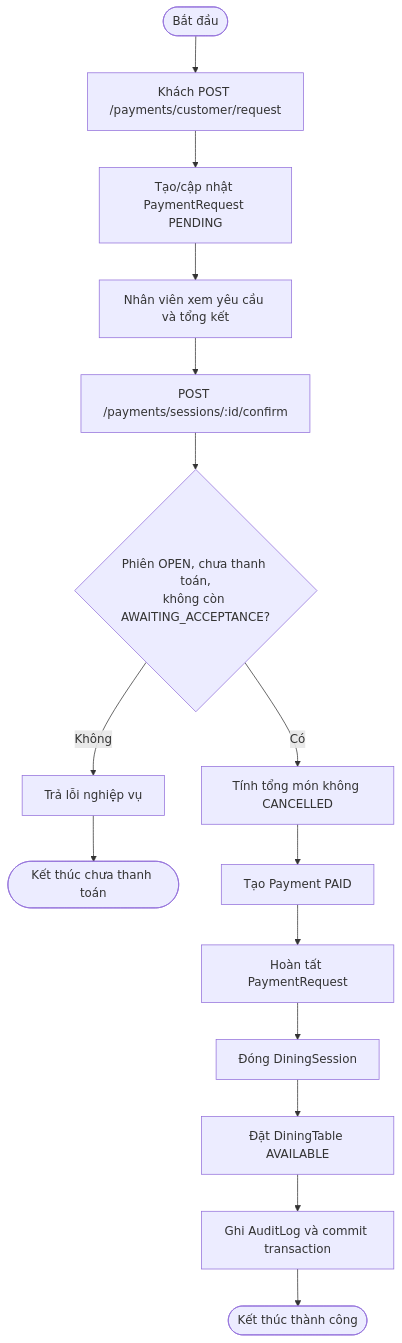
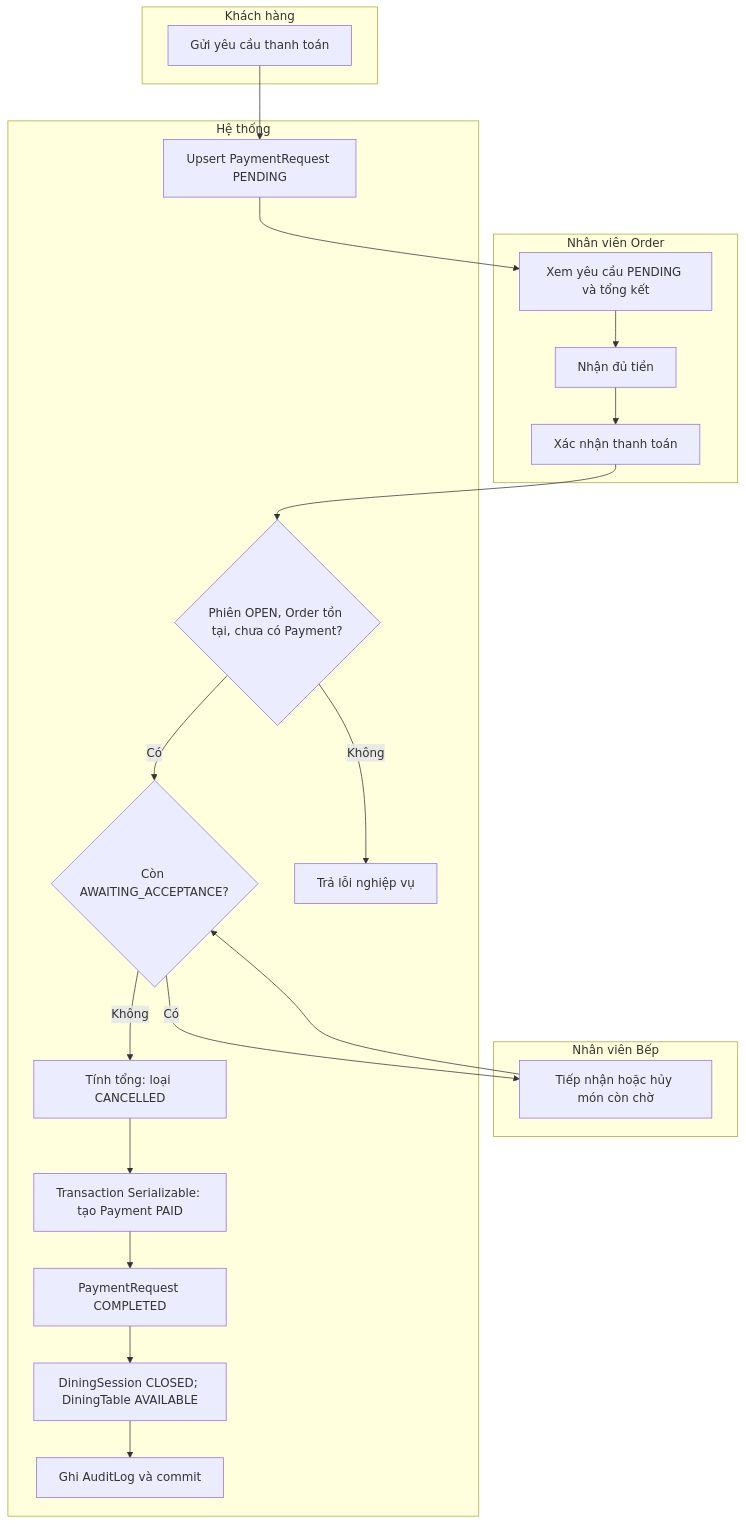
One commit to NTMHuy/ResMan changed the diagram in docs/analysis/diagrams/activity-payment.mmd. Above: the diagram before and after it, drawn with Mermaid. The commit also changed 13 other files, not shown here.

Commit message:
docs(analysis): add behavior, state and sequence design 3.5-3.8

```diff
--- a/docs/analysis/diagrams/activity-payment.mmd
+++ b/docs/analysis/diagrams/activity-payment.mmd
@@ -1,15 +1,28 @@
-flowchart TD
-  A([Bắt đầu]) --> B["Khách POST /payments/customer/request"]
-  B --> C["Tạo/cập nhật PaymentRequest PENDING"]
-  C --> D["Nhân viên xem yêu cầu và tổng kết"]
-  D --> E["POST /payments/sessions/:id/confirm"]
-  E --> F{"Phiên OPEN, chưa thanh toán,<br/>không còn AWAITING_ACCEPTANCE?"}
-  F -- Không --> G["Trả lỗi nghiệp vụ"]
-  G --> H([Kết thúc chưa thanh toán])
-  F -- Có --> I["Tính tổng món không CANCELLED"]
-  I --> J["Tạo Payment PAID"]
-  J --> K["Hoàn tất PaymentRequest"]
-  K --> L["Đóng DiningSession"]
-  L --> M["Đặt DiningTable AVAILABLE"]
-  M --> N["Ghi AuditLog và commit transaction"]
-  N --> O([Kết thúc thành công])
+flowchart TB
+  subgraph C["Khách hàng"]
+    C1["Gửi yêu cầu thanh toán"]
+  end
+  subgraph O["Nhân viên Order"]
+    O1["Xem yêu cầu PENDING và tổng kết"]
+    O2["Nhận đủ tiền"]
+    O3["Xác nhận thanh toán"]
+  end
+  subgraph K["Nhân viên Bếp"]
+    K1["Tiếp nhận hoặc hủy món còn chờ"]
+  end
+  subgraph S["Hệ thống"]
+    S1["Upsert PaymentRequest PENDING"]
+    S2{"Phiên OPEN, Order tồn tại, chưa có Payment?"}
+    S3{"Còn AWAITING_ACCEPTANCE?"}
+    S4["Trả lỗi nghiệp vụ"]
+    S5["Tính tổng: loại CANCELLED"]
+    S6["Transaction Serializable: tạo Payment PAID"]
+    S7["PaymentRequest COMPLETED"]
+    S8["DiningSession CLOSED; DiningTable AVAILABLE"]
+    S9["Ghi AuditLog và commit"]
+  end
+  C1 --> S1 --> O1 --> O2 --> O3 --> S2
+  S2 -- Không --> S4
+  S2 -- Có --> S3
+  S3 -- Có --> K1 --> S3
+  S3 -- Không --> S5 --> S6 --> S7 --> S8 --> S9
```
